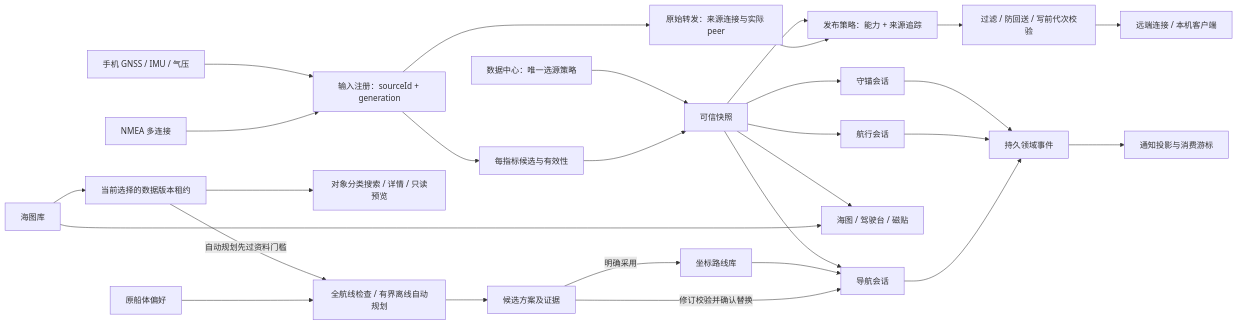
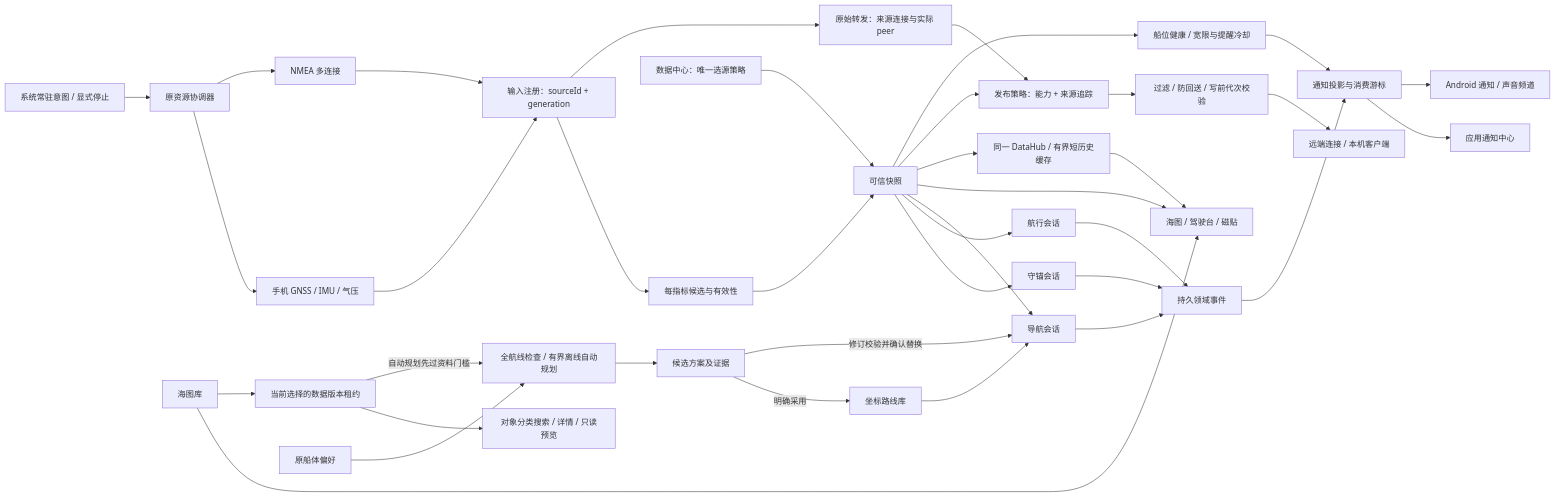
The diagram in docs/os/02-DOMAIN-AND-CONTRACTS.md (ohkuku/yokuli_marine_shell), drawn with Mermaid before and after one commit. The commit also changed other lines of this file and 100 other files, not shown here.

````diff
--- a/docs/os/02-DOMAIN-AND-CONTRACTS.md
+++ b/docs/os/02-DOMAIN-AND-CONTRACTS.md
@@ -28,30 +30,39 @@
 ```mermaid
 flowchart LR
+    Resident[系统常驻意图 / 显式停止] --> Resources[原资源协调器]
+    Resources --> Phone
+    Resources --> Nmea
     Phone[手机 GNSS / IMU / 气压] --> Input[输入注册：sourceId + generation]
     Nmea[NMEA 多连接] --> Input
     Input --> Candidates[每指标候选与有效性]
     Policy[数据中心：唯一选源策略] --> Accepted[可信快照]
     Candidates --> Accepted
     Accepted --> Anchor[守锚会话]
     Accepted --> Trip[航行会话]
     Accepted --> Nav[导航会话]
     Accepted --> Views[海图 / 驾驶台 / 磁贴]
+    Accepted --> History[同一 DataHub / 有界短历史缓存]
+    History --> Views
     Accepted --> Pub[发布策略：能力 + 来源追踪]
     Input --> Raw[原始转发：来源连接与实际 peer]
     Raw --> Pub
     Pub --> Guard[过滤 / 防回送 / 写前代次校验]
     Guard --> Out[远端连接 / 本机客户端]
     Places[坐标路线库] --> Nav
     Charts[海图库] --> Views
     Charts --> Snapshot[当前选择的数据版本租约]
     Snapshot --> Browse[对象分类搜索 / 详情 / 只读预览]
     Snapshot -->|自动规划先过资料门槛| Planner[全航线检查 / 有界离线自动规划]
     Vessel[原船体偏好] --> Planner
     Planner --> Candidate[候选方案及证据]
     Candidate -->|明确采用| Places
     Candidate -->|修订校验并确认替换| Nav
     Anchor --> Events[持久领域事件]
     Trip --> Events
     Nav --> Events
     Events --> Notices[通知投影与消费游标]
+    Accepted --> PositionHealth[船位健康 / 宽限与提醒冷却]
+    PositionHealth --> Notices
+    Notices --> AppNotices[应用通知中心]
+    Notices --> AndroidNotices[Android 通知 / 声音频道]
 ```
````
